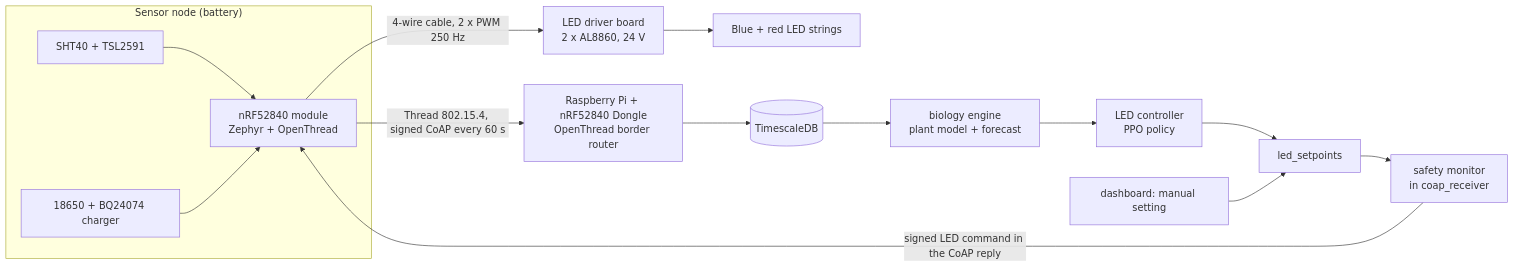
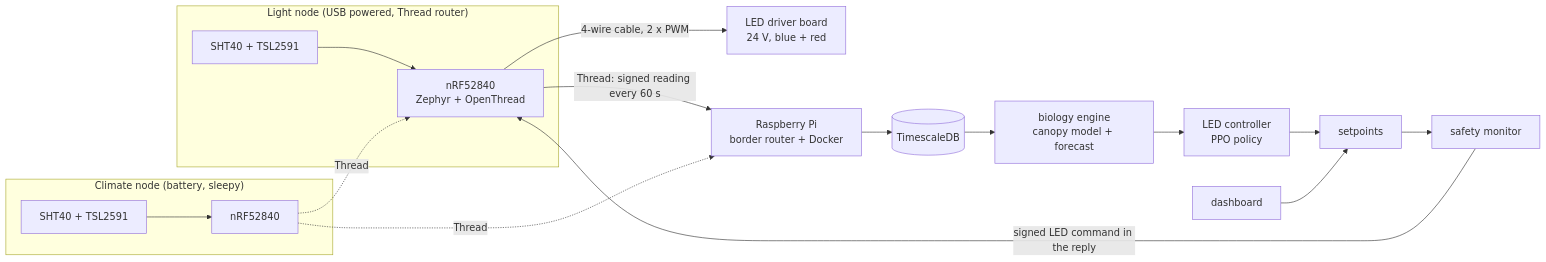
The first of 2 diagrams in README.md (johnnietse/strawberry-farm), drawn with Mermaid before and after one commit. The commit also changed other lines of this file and 19 other files, not shown here.

````diff
--- a/README.md
+++ b/README.md
@@ -48,17 +29,20 @@
 ```mermaid
 graph LR
-    subgraph Node["Sensor node (battery)"]
-        S[SHT40 + TSL2591] --> M[nRF52840 module<br/>Zephyr + OpenThread]
-        B[18650 + BQ24074 charger] --> M
+    subgraph Light["Light node (USB powered, Thread router)"]
+        S1[SHT40 + TSL2591] --> M1[nRF52840<br/>Zephyr + OpenThread]
     end
-    M -- "4-wire cable, 2 x PWM 250 Hz" --> L[LED driver board<br/>2 x AL8860, 24 V]
-    L --> LED[Blue + red LED strings]
-    M -- "Thread 802.15.4, signed CoAP every 60 s" --> R[Raspberry Pi + nRF52840 Dongle<br/>OpenThread border router]
+    subgraph Climate["Climate node (battery, sleepy)"]
+        S2[SHT40 + TSL2591] --> M2[nRF52840]
+    end
+    M1 -- "4-wire cable, 2 x PWM" --> L[LED driver board<br/>24 V, blue + red]
+    M2 -. "Thread" .-> M1
+    M1 -- "Thread: signed reading every 60 s" --> R[Raspberry Pi<br/>border router + Docker]
+    M2 -. "Thread" .-> R
     R --> DB[(TimescaleDB)]
-    DB --> BIO[biology engine<br/>plant model + forecast]
+    DB --> BIO[biology engine<br/>canopy model + forecast]
     BIO --> CTL[LED controller<br/>PPO policy]
-    CTL --> SP[led_setpoints]
-    UI[dashboard: manual setting] --> SP
-    SP --> SAFE[safety monitor<br/>in coap_receiver]
-    SAFE -- "signed LED command in the CoAP reply" --> M
+    CTL --> SP[setpoints]
+    UI[dashboard] --> SP
+    SP --> SAFE[safety monitor]
+    SAFE -- "signed LED command in the reply" --> M1
 ```
````
